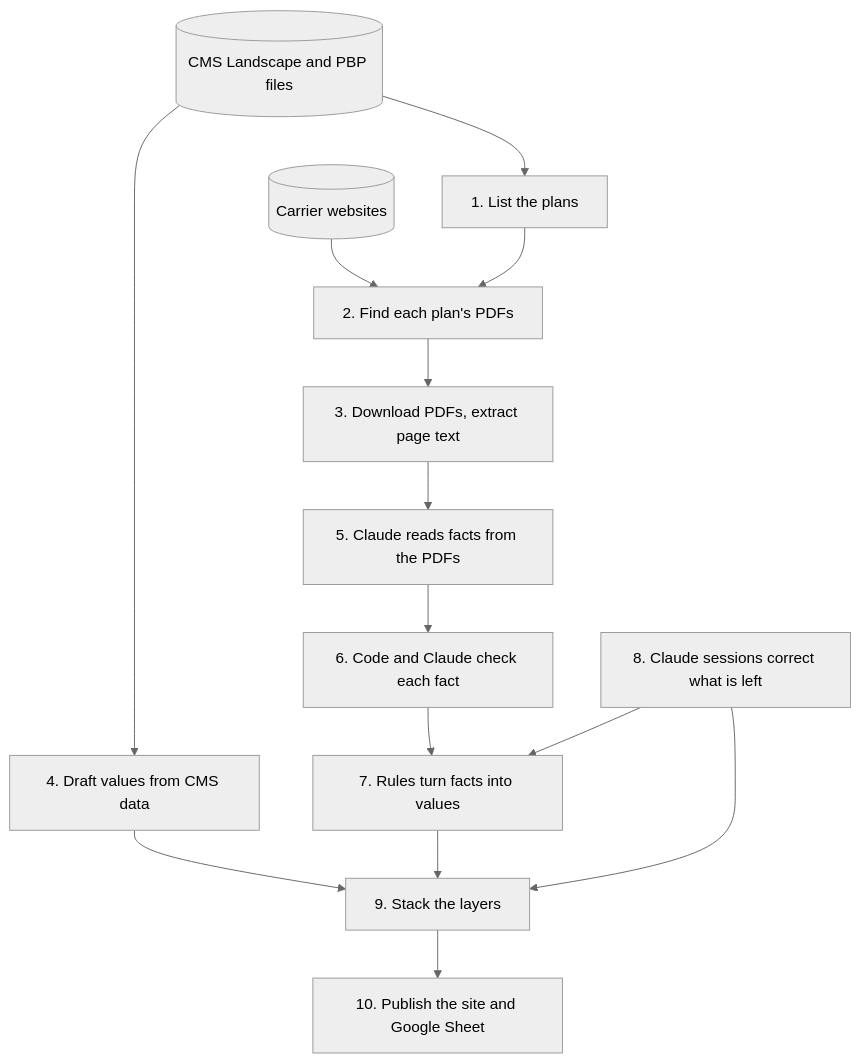
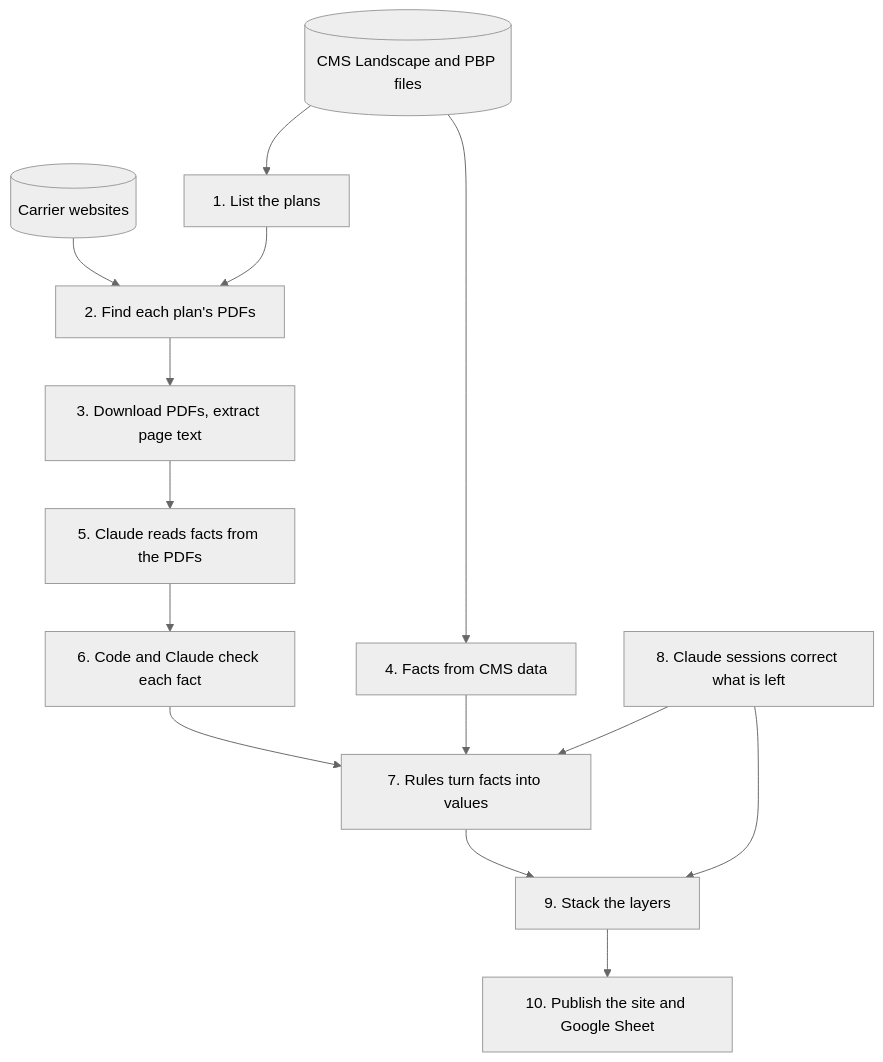
Before and after one commit to rosenhouse-bot-sandbox/shiba-data: the diagram in docs/pipeline.md, drawn with Mermaid (neutral theme). The commit also changed other lines of this file and 30 other files, not shown here.

````diff
--- a/docs/pipeline.md
+++ b/docs/pipeline.md
@@ -46,16 +46,16 @@
 ```mermaid
 flowchart TD
   cms[(CMS Landscape and PBP files)] --> plans[1. List the plans]
   carriers[(Carrier websites)] --> find[2. Find each plan's PDFs]
   plans --> find
   find --> text[3. Download PDFs, extract page text]
-  cms --> draft[4. Draft values from CMS data]
+  cms --> cmsfacts[4. Facts from CMS data]
   text --> read[5. Claude reads facts from the PDFs]
   read --> check[6. Code and Claude check each fact]
   check --> present[7. Rules turn facts into values]
-  draft --> stack[9. Stack the layers]
-  present --> stack
+  cmsfacts --> present
+  present --> stack[9. Stack the layers]
   fix[8. Claude sessions correct what is left] --> present
   fix --> stack
   stack --> publish[10. Publish the site and Google Sheet]
 ```
````
